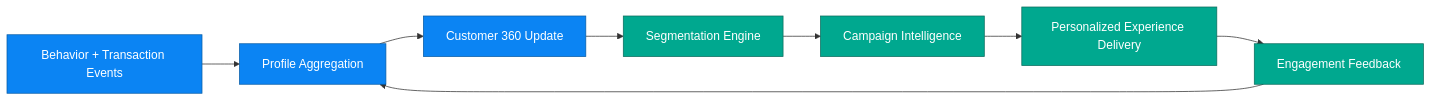
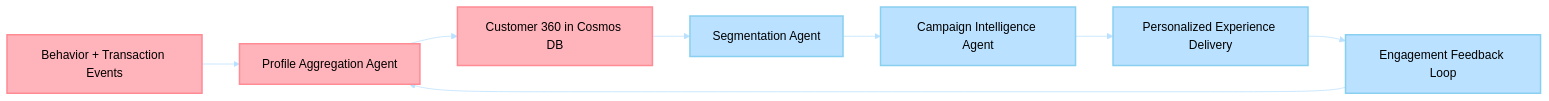
Before and after one commit to Azure-Samples/holiday-peak-hub: the diagram in docs/business_scenarios/06-customer-360-personalization/README.md, drawn with Mermaid. The commit also changed other lines of this file and 112 other files, not shown here.

````diff
--- a/docs/business_scenarios/06-customer-360-personalization/README.md
+++ b/docs/business_scenarios/06-customer-360-personalization/README.md
@@ -27,16 +40,24 @@
 ```mermaid
+%%{init: {'theme':'base', 'themeVariables': {
+  'primaryColor':'#FFB3BA',
+  'primaryTextColor':'#000',
+  'primaryBorderColor':'#FF8B94',
+  'lineColor':'#BAE1FF',
+  'secondaryColor':'#BAE1FF',
+  'tertiaryColor':'#FFFFFF'
+}}}%%
 flowchart LR
-   A[Behavior + Transaction Events] --> B[Profile Aggregation]
-   B --> C[Customer 360 Update]
-   C --> D[Segmentation Engine]
-   D --> E[Campaign Intelligence]
+   A[Behavior + Transaction Events] --> B[Profile Aggregation Agent]
+   B --> C[Customer 360 in Cosmos DB]
+   C --> D[Segmentation Agent]
+   D --> E[Campaign Intelligence Agent]
    E --> F[Personalized Experience Delivery]
-   F --> G[Engagement Feedback]
+   F --> G[Engagement Feedback Loop]
    G --> B
 
-   classDef a fill:#0B84F3,color:#fff,stroke:#085ea8
-   classDef b fill:#00A88F,color:#fff,stroke:#0b6e5f
-   classDef c fill:#F39C12,color:#fff,stroke:#af6f0c
-   class A,B,C a
-   class D,E,F,G b
+   classDef primary fill:#FFB3BA,stroke:#FF8B94,stroke-width:2px,color:#000
+   classDef secondary fill:#BAE1FF,stroke:#89CFF0,stroke-width:2px,color:#000
+
+   class A,B,C primary
+   class D,E,F,G secondary
 ```
````
